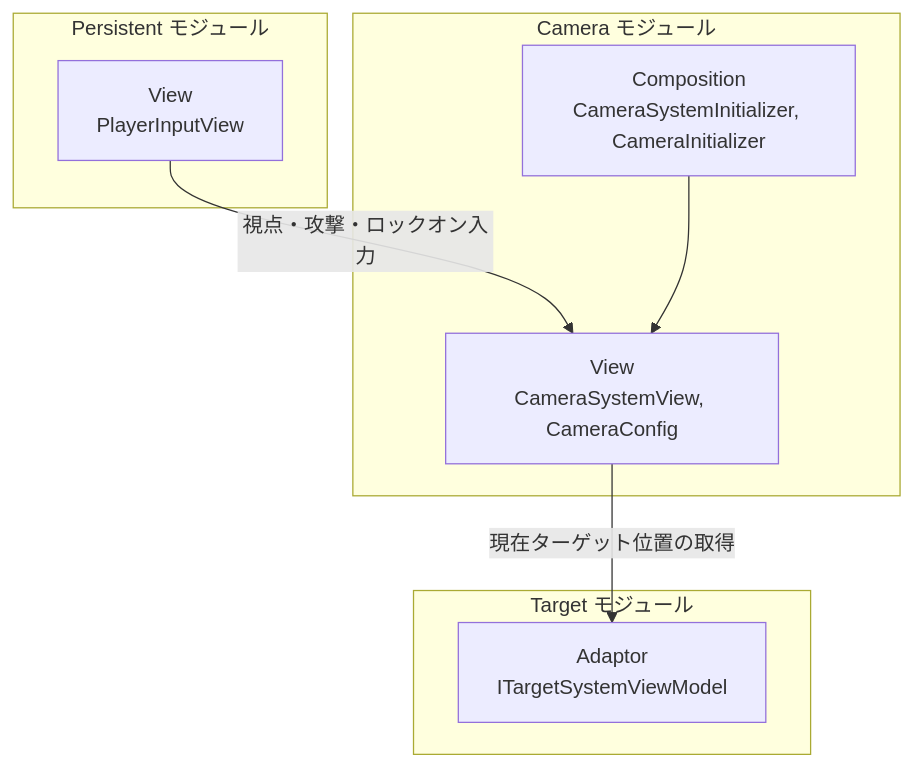
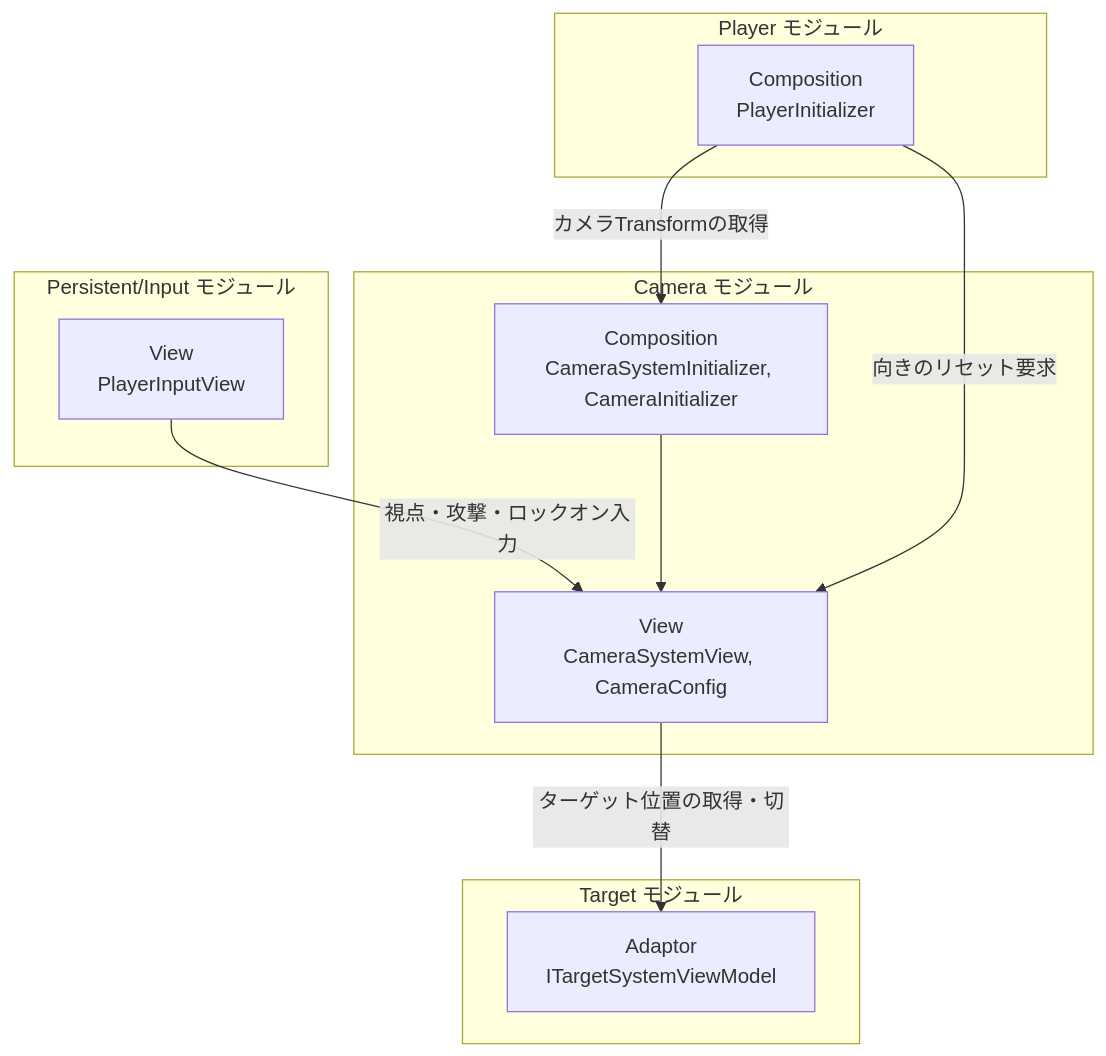
Before and after one commit to HIBIKI5201/SymphonyKillChord: the first of 3 diagrams in Assets/Docs/ScriptsDocs/Modules/NotionModuleDocs/Camera.md, drawn with Mermaid. The commit also changed other lines of this file and 6 other files, not shown here.

````diff
--- a/Assets/Docs/ScriptsDocs/Modules/NotionModuleDocs/Camera.md
+++ b/Assets/Docs/ScriptsDocs/Modules/NotionModuleDocs/Camera.md
@@ -42,21 +49,27 @@
 ```mermaid
 graph TD
     %% 定義 (接続のないレイヤーは省略)
     subgraph CameraModule [Camera モジュール]
         View["View<br>CameraSystemView, CameraConfig"]
         Composition["Composition<br>CameraSystemInitializer, CameraInitializer"]
     end
 
-    subgraph PersistentInputModule [Persistent モジュール]
+    subgraph PersistentInputModule [Persistent/Input モジュール]
         InputView["View<br>PlayerInputView"]
     end
 
     subgraph TargetModule [Target モジュール]
         TargetAdaptor["Adaptor<br>ITargetSystemViewModel"]
     end
 
+    subgraph PlayerModule [Player モジュール]
+        PlayerComposition["Composition<br>PlayerInitializer"]
+    end
+
     %% 依存関係
     InputView -->|視点・攻撃・ロックオン入力| View
-    View -->|現在ターゲット位置の取得| TargetAdaptor
+    View -->|ターゲット位置の取得・切替| TargetAdaptor
     Composition --> View
+    PlayerComposition -->|向きのリセット要求| View
+    PlayerComposition -->|カメラTransformの取得| Composition
 ```
````
